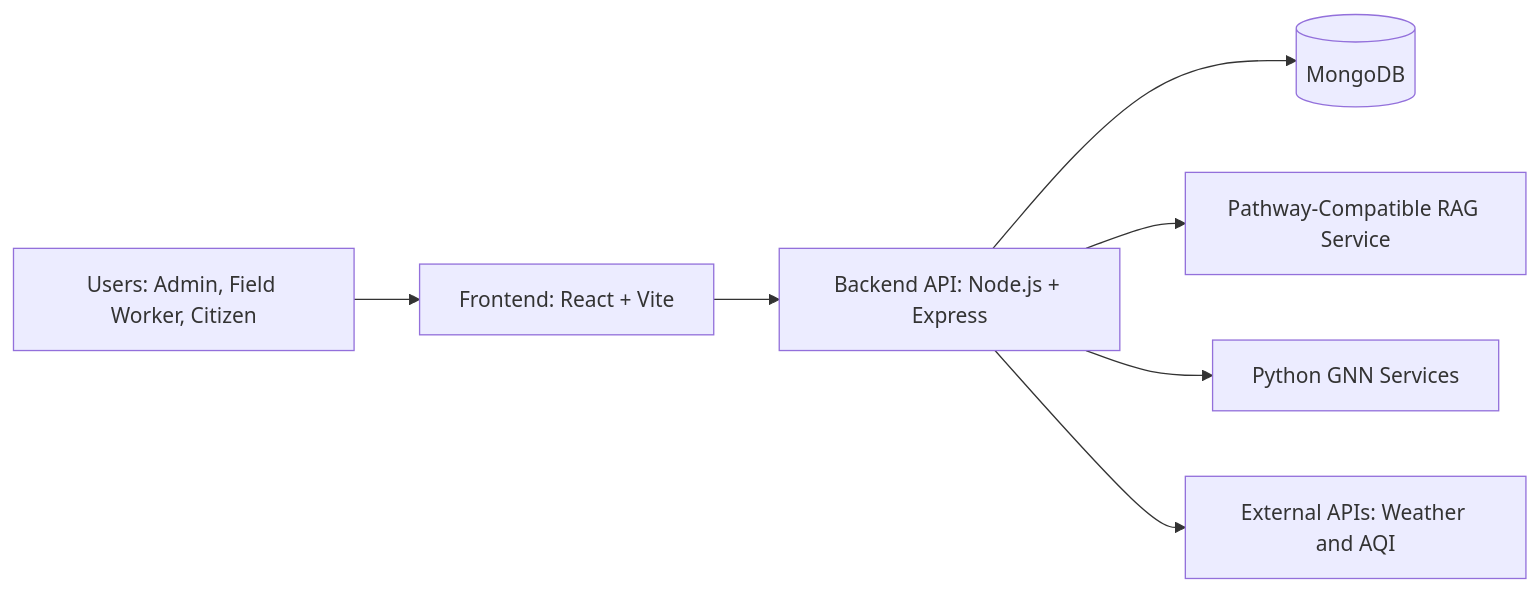
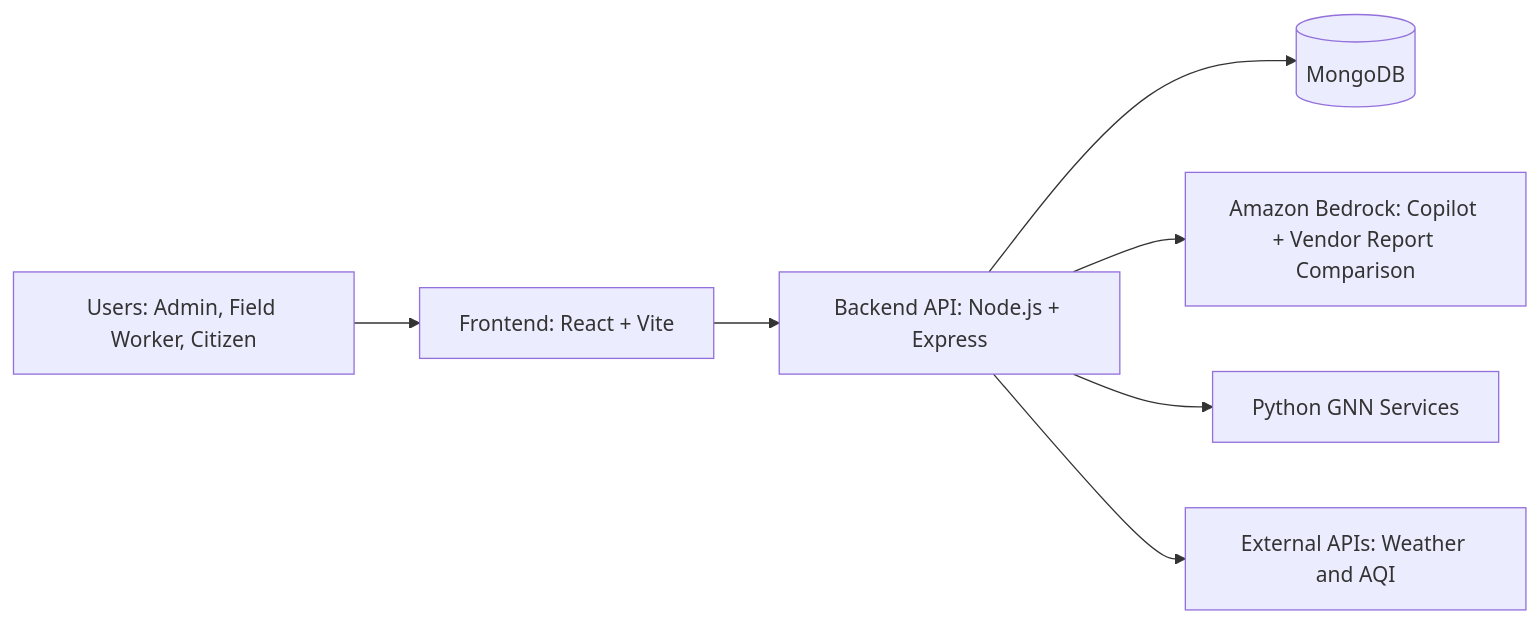
The first of 4 diagrams in README.md (Abhishekmishra2808/RuraLens), drawn with Mermaid before and after one commit. The commit also changed other lines of this file and 63 other files, not shown here.

First line of the commit message:
Migrate Copilot and vendor report comparison to Amazon Bedrock; remove Pathway

````diff
--- a/README.md
+++ b/README.md
@@ -68,9 +69,9 @@
 ```mermaid
 flowchart LR
                 U[Users: Admin, Field Worker, Citizen] --> FE[Frontend: React + Vite]
                 FE --> BE[Backend API: Node.js + Express]
                 BE --> DB[(MongoDB)]
-                BE --> RAG[Pathway-Compatible RAG Service]
+                BE --> LLM[Amazon Bedrock: Copilot + Vendor Report Comparison]
                 BE --> GNN[Python GNN Services]
                 BE --> EXT[External APIs: Weather and AQI]
 ```
````
